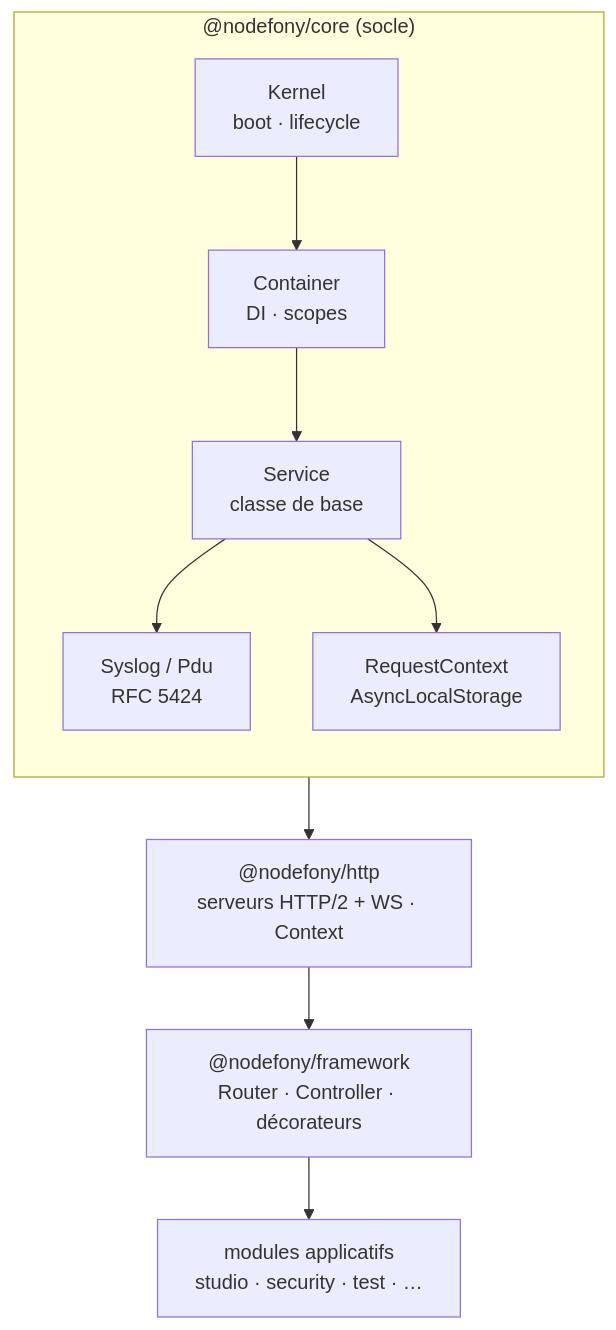
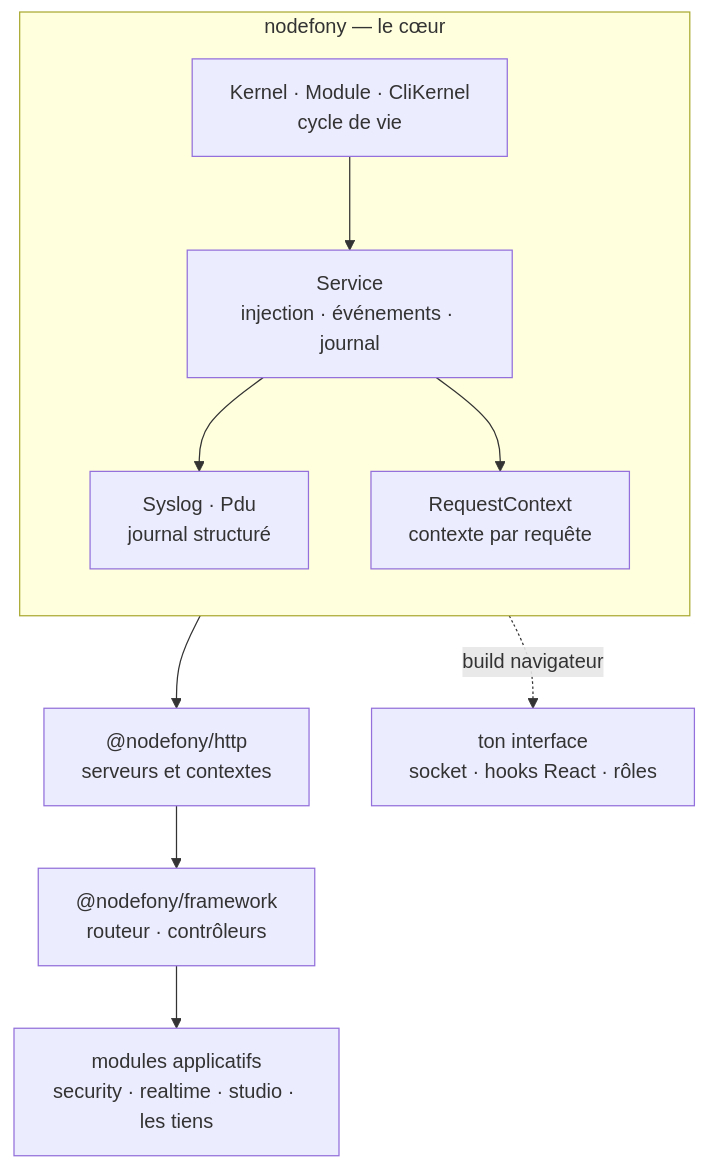
Before and after one commit to nodefony/nodefony-core: the diagram in src/nodefony/docs/index.md, drawn with Mermaid. The commit also changed other lines of this file and 18 other files, not shown here.

````diff
--- a/src/nodefony/docs/index.md
+++ b/src/nodefony/docs/index.md
@@ -20,18 +281,17 @@
 ```mermaid
 flowchart TD
-  subgraph core["@nodefony/core (socle)"]
+  subgraph CORE["nodefony — le cœur"]
     direction TB
-    Kernel["Kernel<br/>boot · lifecycle"]
-    Container["Container<br/>DI · scopes"]
-    Service["Service<br/>classe de base"]
-    Syslog["Syslog / Pdu<br/>RFC 5424"]
-    ALS["RequestContext<br/>AsyncLocalStorage"]
-    Kernel --> Container
-    Container --> Service
-    Service --> Syslog
-    Service --> ALS
+    SVC["Service<br/>injection · événements · journal"]
+    KRN["Kernel · Module · CliKernel<br/>cycle de vie"]
+    LOG["Syslog · Pdu<br/>journal structuré"]
+    ALS["RequestContext<br/>contexte par requête"]
+    KRN --> SVC
+    SVC --> LOG
+    SVC --> ALS
   end
-  core --> HTTP["@nodefony/http<br/>serveurs HTTP/2 + WS · Context"]
-  HTTP --> FW["@nodefony/framework<br/>Router · Controller · décorateurs"]
-  FW --> APP["modules applicatifs<br/>studio · security · test · …"]
+  CORE --> HTTP["@nodefony/http<br/>serveurs et contextes"]
+  HTTP --> FRW["@nodefony/framework<br/>routeur · contrôleurs"]
+  FRW --> MODS["modules applicatifs<br/>security · realtime · studio · les tiens"]
+  CORE -.->|build navigateur| BROWSER["ton interface<br/>socket · hooks React · rôles"]
 ```
````
